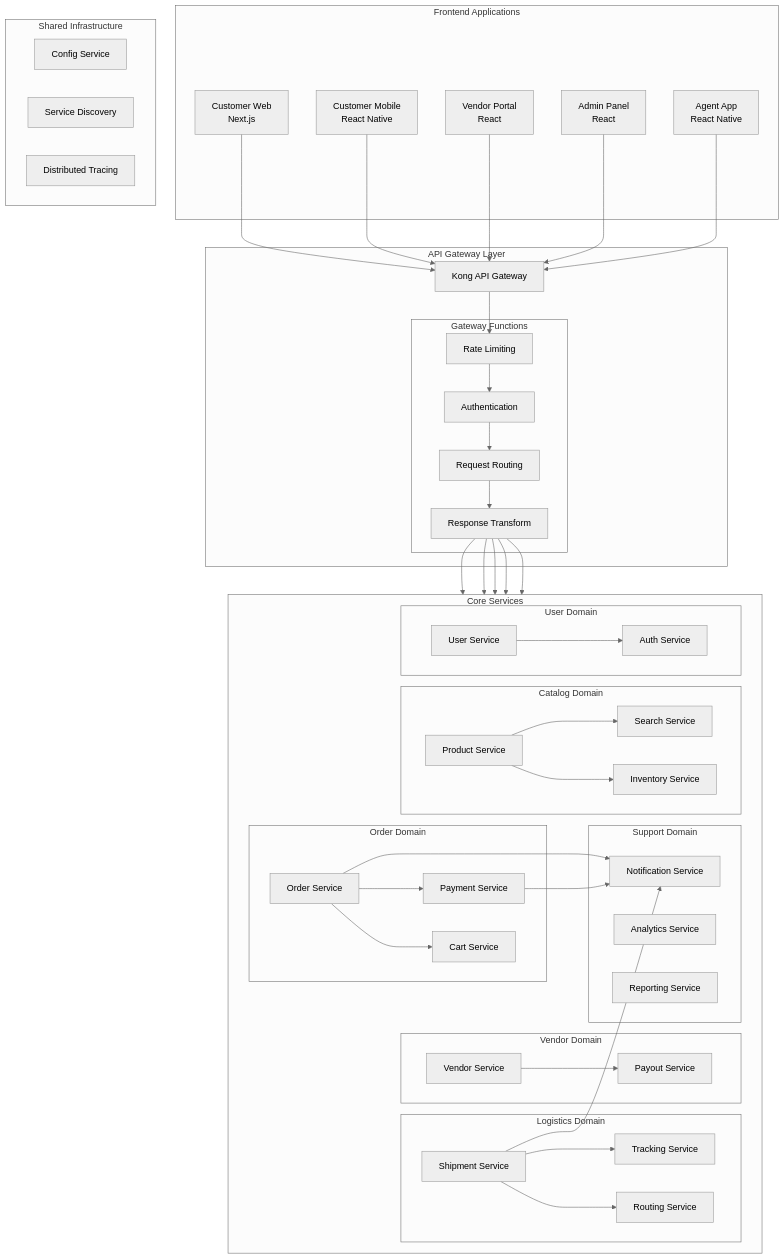
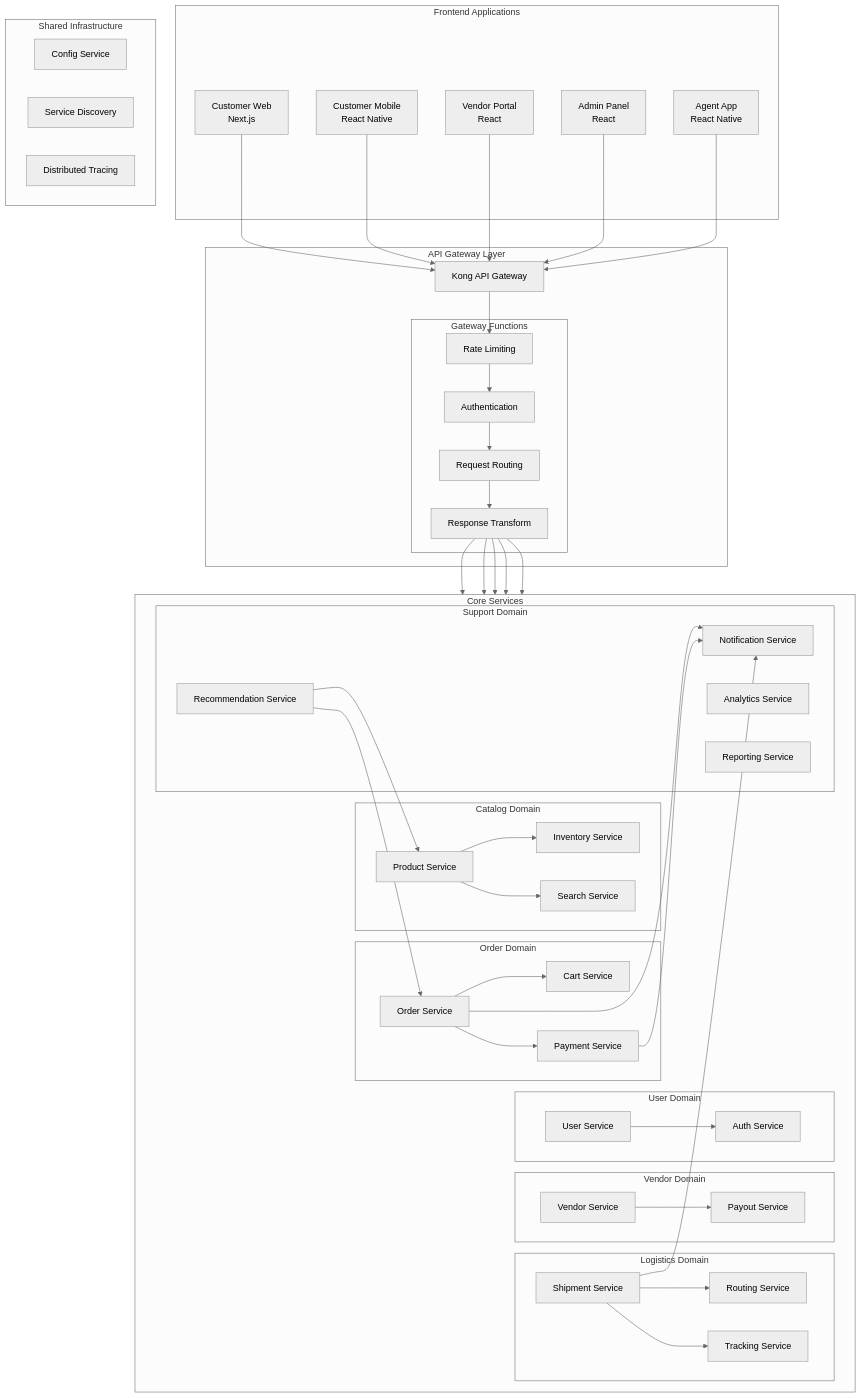
Before and after one commit to 0Ankit0/e-commerce: the second of 8 diagrams in docs/system-design/high-level-design/architecture-diagram.md, drawn with Mermaid (neutral theme). The commit also changed other lines of this file and 22 other files, not shown here.

````diff
--- a/docs/system-design/high-level-design/architecture-diagram.md
+++ b/docs/system-design/high-level-design/architecture-diagram.md
@@ -130,10 +141,10 @@
         FE4[Admin Panel<br>React]
         FE5[Agent App<br>React Native]
     end
-    
+
     subgraph "API Gateway Layer"
         Kong[Kong API Gateway]
-        
+
         subgraph "Gateway Functions"
             RateLimit[Rate Limiting]
             AuthN[Authentication]
@@ -141,68 +152,71 @@
             Transform[Response Transform]
         end
     end
-    
+
     subgraph "Core Services"
         direction LR
-        
+
         subgraph "User Domain"
             UserSvc[User Service]
             AuthSvc[Auth Service]
         end
-        
+
         subgraph "Catalog Domain"
             ProductSvc[Product Service]
             InventorySvc[Inventory Service]
             SearchSvc[Search Service]
         end
-        
+
         subgraph "Order Domain"
             CartSvc[Cart Service]
             OrderSvc[Order Service]
             PaymentSvc[Payment Service]
         end
-        
+
         subgraph "Vendor Domain"
             VendorSvc[Vendor Service]
             PayoutSvc[Payout Service]
         end
-        
+
         subgraph "Logistics Domain"
             ShipmentSvc[Shipment Service]
             RoutingSvc[Routing Service]
             TrackingSvc[Tracking Service]
         end
-        
+
         subgraph "Support Domain"
             NotifSvc[Notification Service]
             AnalyticsSvc[Analytics Service]
+            NotifSvc[Notification Service]
+            AnalyticsSvc[Analytics Service]
             ReportSvc[Reporting Service]
+            RecSvc[Recommendation Service]
         end
     end
-    
+
     subgraph "Shared Infrastructure"
         ConfigSvc[Config Service]
         DiscoverySvc[Service Discovery]
         TracingSvc[Distributed Tracing]
     end
-    
+
     FE1 --> Kong
     FE2 --> Kong
     FE3 --> Kong
     FE4 --> Kong
     FE5 --> Kong
-    
+
     Kong --> RateLimit
     RateLimit --> AuthN
     AuthN --> Routing
     Routing --> Transform
-    
+
     Transform --> UserSvc
     Transform --> ProductSvc
     Transform --> OrderSvc
     Transform --> VendorSvc
     Transform --> ShipmentSvc
-    
+
     UserSvc --> AuthSvc
     ProductSvc --> InventorySvc
     ProductSvc --> SearchSvc
@@ -211,8 +225,10 @@
     VendorSvc --> PayoutSvc
     ShipmentSvc --> RoutingSvc
     ShipmentSvc --> TrackingSvc
-    
+
     OrderSvc --> NotifSvc
     PaymentSvc --> NotifSvc
     ShipmentSvc --> NotifSvc
+    RecSvc --> ProductSvc
+    RecSvc --> OrderSvc
 ```
````
